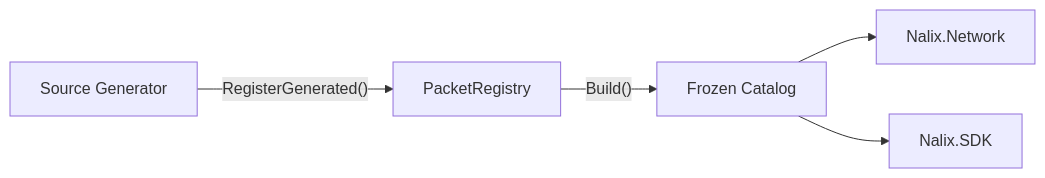
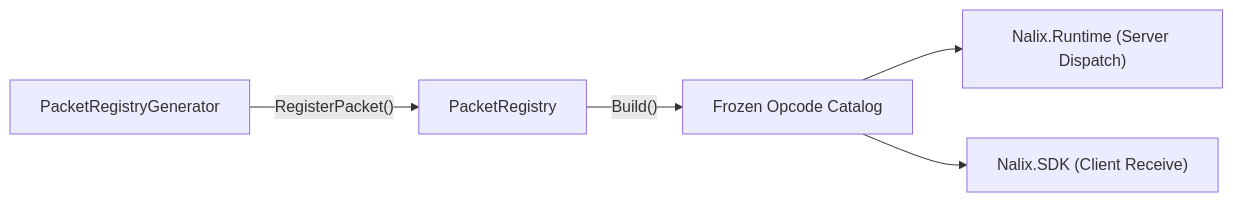
Before and after one commit to ppn-systems/nalix-docs: the second of 2 diagrams in src/content/docs/en-us/packages/nalix-codec.md, drawn with Mermaid. The commit also changed other lines of this file and 180 other files, not shown here.

````diff
--- a/src/content/docs/en-us/packages/nalix-codec.md
+++ b/src/content/docs/en-us/packages/nalix-codec.md
@@ -51,7 +43,7 @@
 ```mermaid
 flowchart LR
-    A["Source Generator"] -- "RegisterGenerated()" --> B["PacketRegistry"]
-    B -- "Build()" --> C["Frozen Catalog"]
-    C --> D["Nalix.Network"]
-    C --> E["Nalix.SDK"]
+    A["PacketRegistryGenerator"] -- "RegisterPacket<T>()" --> B["PacketRegistry"]
+    B -- "Build()" --> C["Frozen Opcode Catalog"]
+    C --> D["Nalix.Runtime (Server Dispatch)"]
+    C --> E["Nalix.SDK (Client Receive)"]
 ```
````
